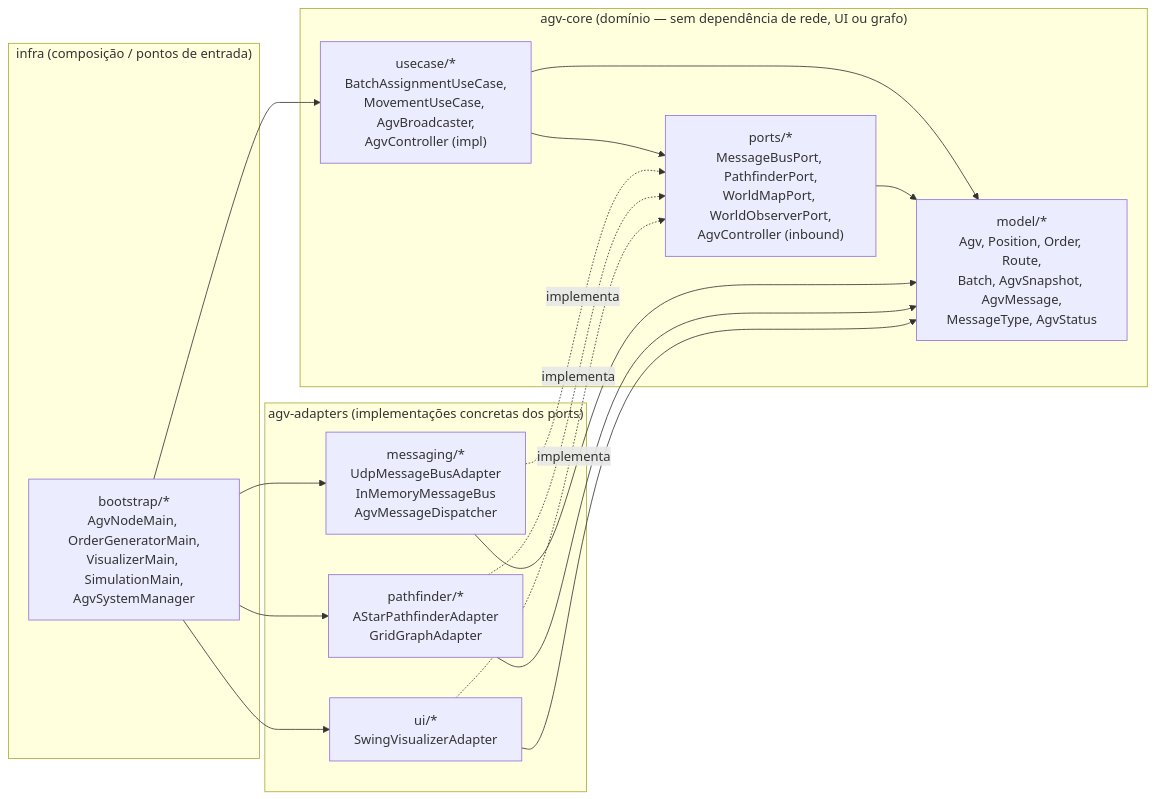
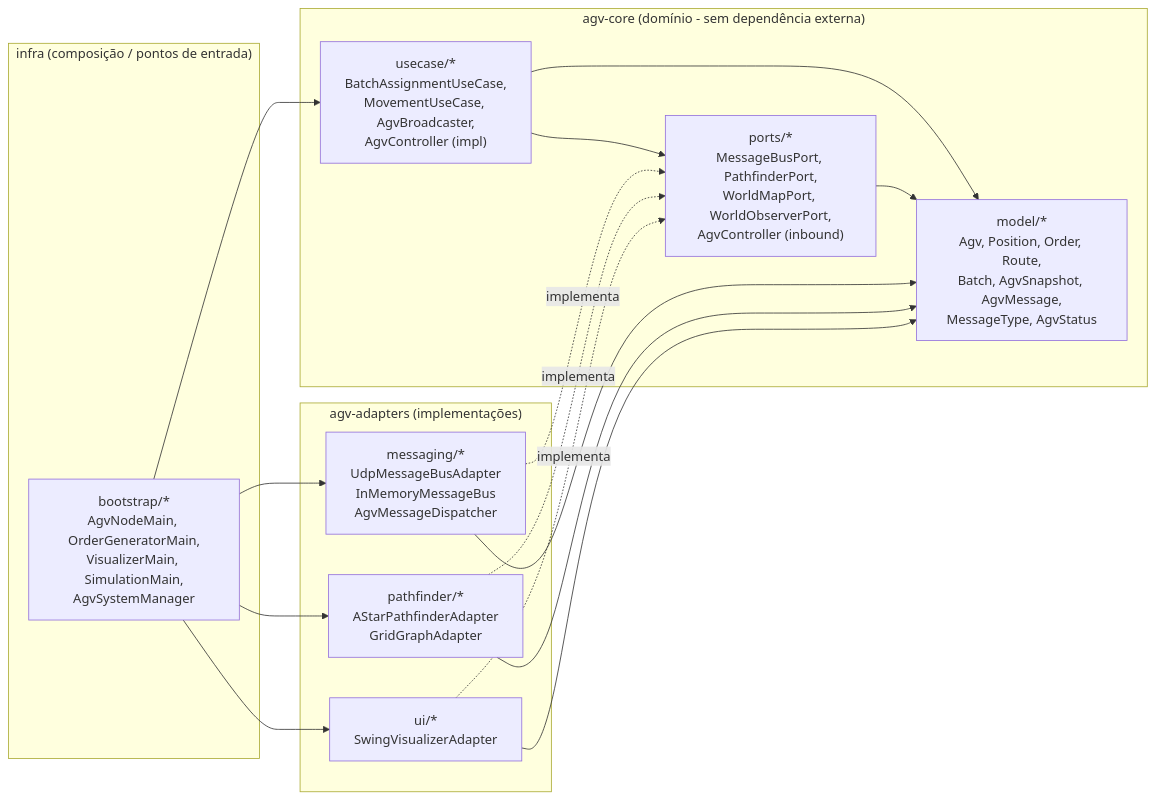
One commit to kaualimadesouza/EP_DSID changed the first of 4 diagrams in ARQUITETURA_E_DECISOES.md. Above: the diagram before and after it, drawn with Mermaid. The commit also changed other lines of this file and 24 other files, not shown here.

````diff
--- a/ARQUITETURA_E_DECISOES.md
+++ b/ARQUITETURA_E_DECISOES.md
@@ -19,33 +17,33 @@
 ```mermaid
 graph LR
-    subgraph core["agv-core (domínio — sem dependência de rede, UI ou grafo)"]
+    subgraph core["agv-core (domínio - sem dependência externa)"]
         Model["model/*<br/>Agv, Position, Order, Route,<br/>Batch, AgvSnapshot, AgvMessage,<br/>MessageType, AgvStatus"]
         Ports["ports/*<br/>MessageBusPort, PathfinderPort,<br/>WorldMapPort, WorldObserverPort,<br/>AgvController (inbound)"]
         UseCases["usecase/*<br/>BatchAssignmentUseCase,<br/>MovementUseCase, AgvBroadcaster,<br/>AgvController (impl)"]
         UseCases --> Ports
         UseCases --> Model
         Ports --> Model
     end
 
-    subgraph adapters["agv-adapters (implementações concretas dos ports)"]
+    subgraph adapters["agv-adapters (implementações)"]
         Msg["messaging/*<br/>UdpMessageBusAdapter<br/>InMemoryMessageBus<br/>AgvMessageDispatcher"]
         Path["pathfinder/*<br/>AStarPathfinderAdapter<br/>GridGraphAdapter"]
         UI["ui/*<br/>SwingVisualizerAdapter"]
     end
 
     subgraph infra["infra (composição / pontos de entrada)"]
         Boot["bootstrap/*<br/>AgvNodeMain, OrderGeneratorMain,<br/>VisualizerMain, SimulationMain,<br/>AgvSystemManager"]
     end
 
     Msg -. implementa .-> Ports
     Path -. implementa .-> Ports
     UI -. implementa .-> Ports
     Msg --> Model
     Path --> Model
     UI --> Model
 
     Boot --> Msg
     Boot --> Path
     Boot --> UI
     Boot --> UseCases
 ```
````
